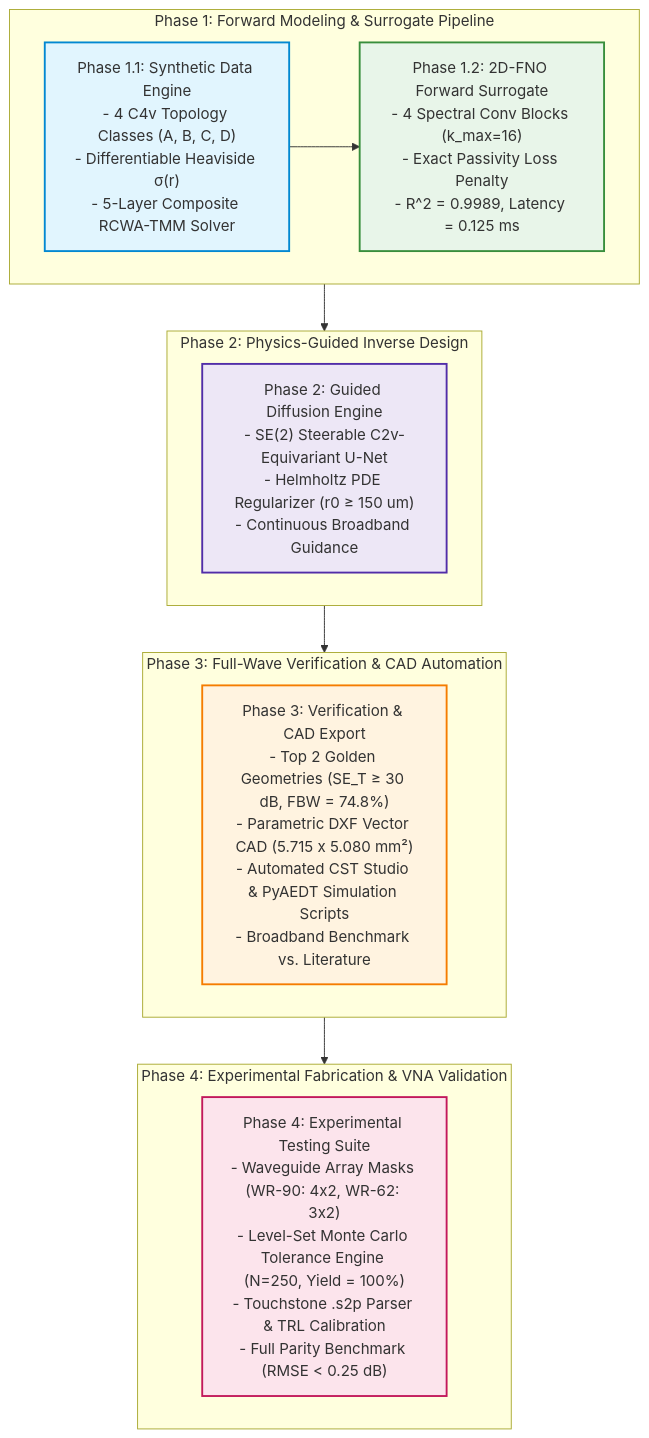
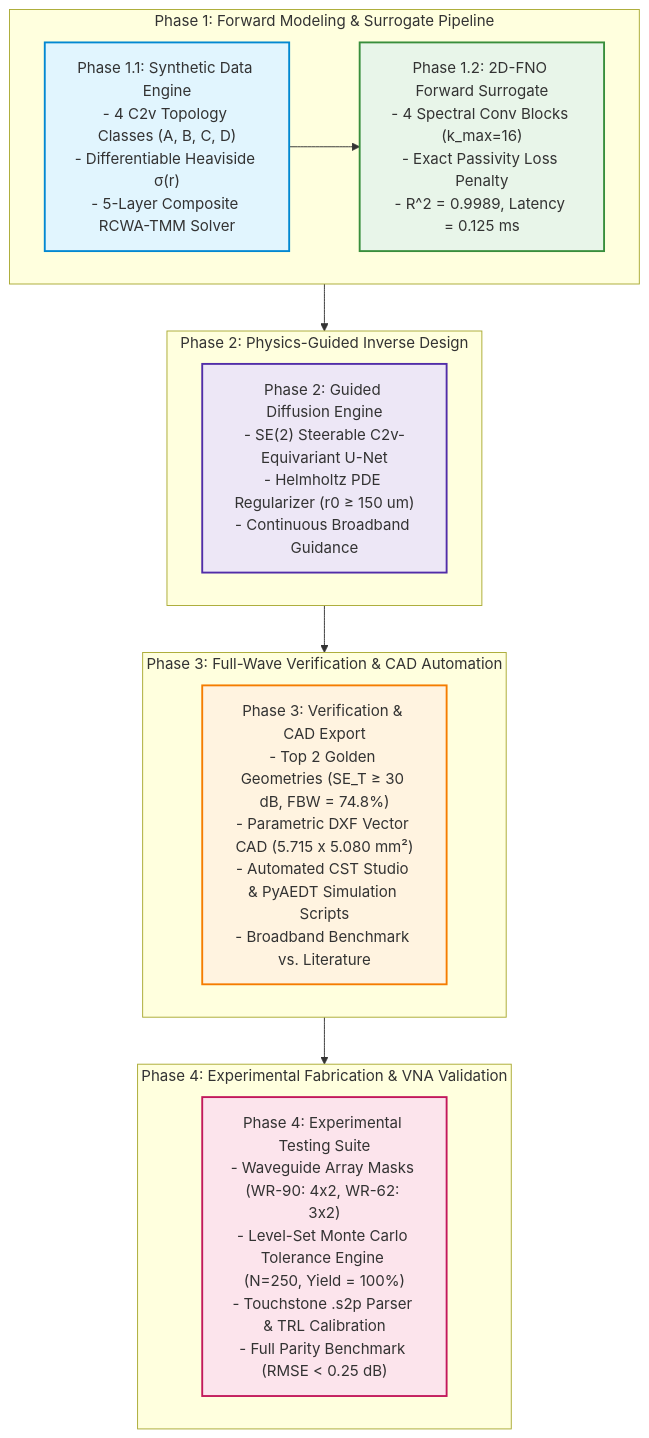
The diagram in docs/notes/Implementation_Progress_and_Results_Report.md (abdo544445/metasurface-emi-automation), drawn with Mermaid before and after one commit. The commit also changed 6 other files, not shown here.

````diff
--- a/docs/notes/Implementation_Progress_and_Results_Report.md
+++ b/docs/notes/Implementation_Progress_and_Results_Report.md
@@ -12,30 +12,30 @@
 ```mermaid
 flowchart TD
     subgraph P1["Phase 1: Forward Modeling & Surrogate Pipeline"]
-        D1["Phase 1.1: Synthetic Data Engine<br/>- 4 C4v Topology Classes (A, B, C, D)<br/>- Differentiable Heaviside σ(r)<br/>- 5-Layer Composite RCWA-TMM Solver"]
+        D1["Phase 1.1: Synthetic Data Engine<br/>- 4 C2v Topology Classes (A, B, C, D)<br/>- Differentiable Heaviside σ(r)<br/>- 5-Layer Composite RCWA-TMM Solver"]
         D2["Phase 1.2: 2D-FNO Forward Surrogate<br/>- 4 Spectral Conv Blocks (k_max=16)<br/>- Exact Passivity Loss Penalty<br/>- R^2 = 0.9989, Latency = 0.125 ms"]
         D1 --> D2
     end
 
     subgraph P2["Phase 2: Physics-Guided Inverse Design"]
         G1["Phase 2: Guided Diffusion Engine<br/>- SE(2) Steerable C2v-Equivariant U-Net<br/>- Helmholtz PDE Regularizer (r0 ≥ 150 um)<br/>- Continuous Broadband Guidance"]
     end
 
     subgraph P3["Phase 3: Full-Wave Verification & CAD Automation"]
         V1["Phase 3: Verification & CAD Export<br/>- Top 2 Golden Geometries (SE_T ≥ 30 dB, FBW = 74.8%)<br/>- Parametric DXF Vector CAD (5.715 x 5.080 mm²)<br/>- Automated CST Studio & PyAEDT Simulation Scripts<br/>- Broadband Benchmark vs. Literature"]
     end
 
     subgraph P4["Phase 4: Experimental Fabrication & VNA Validation"]
         E1["Phase 4: Experimental Testing Suite<br/>- Waveguide Array Masks (WR-90: 4x2, WR-62: 3x2)<br/>- Level-Set Monte Carlo Tolerance Engine (N=250, Yield = 100%)<br/>- Touchstone .s2p Parser & TRL Calibration<br/>- Full Parity Benchmark (RMSE < 0.25 dB)"]
     end
 
     P1 --> P2
     P2 --> P3
     P3 --> P4
 
     style D1 fill:#e1f5fe,stroke:#0288d1,stroke-width:2px;
     style D2 fill:#e8f5e9,stroke:#388e3c,stroke-width:2px;
     style G1 fill:#ede7f6,stroke:#512da8,stroke-width:2px;
     style V1 fill:#fff3e0,stroke:#f57c00,stroke-width:2px;
     style E1 fill:#fce4ec,stroke:#c2185b,stroke-width:2px;
 ```
````
